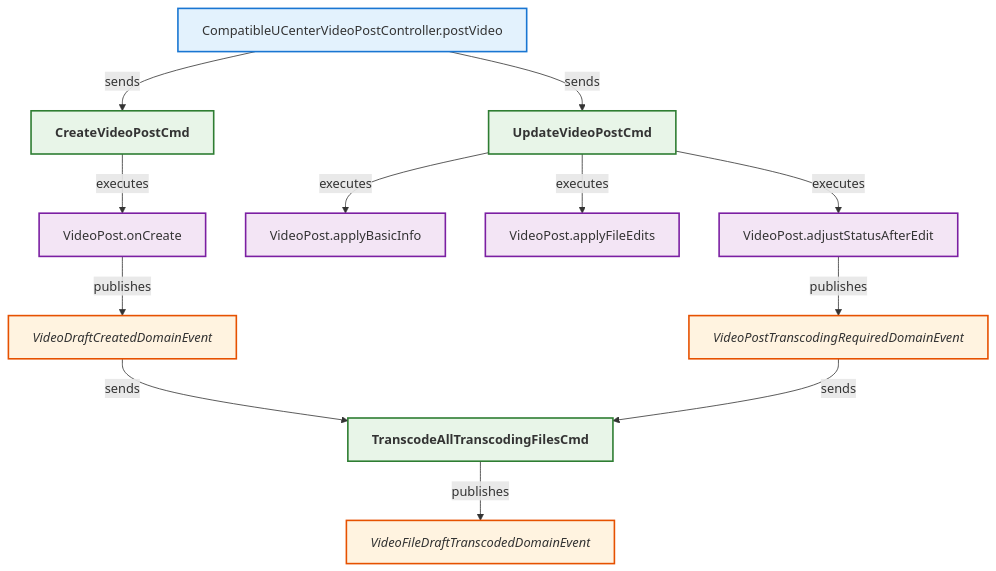
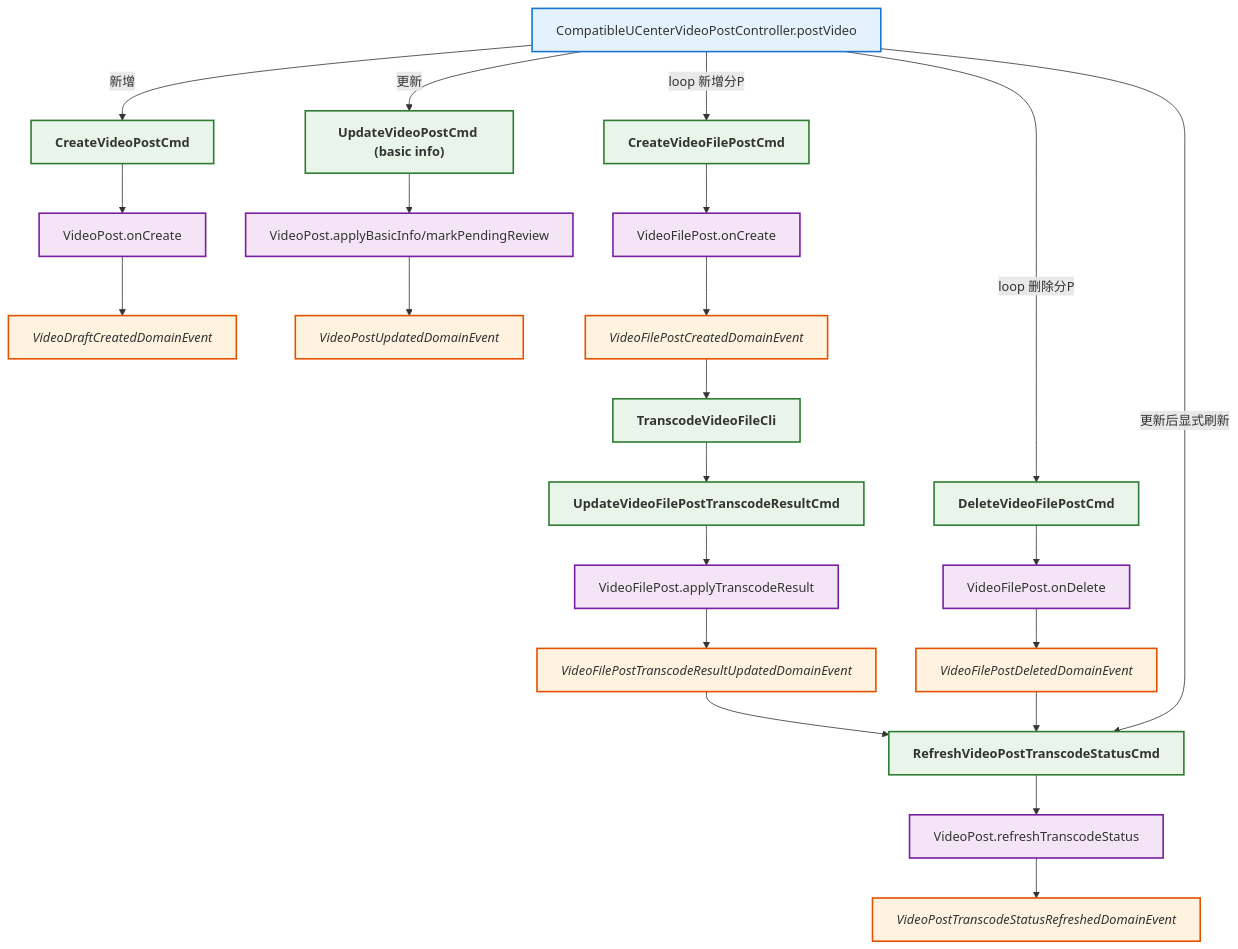
Before and after one commit to LDmoxeii/only-danmuku: the diagram in analysis/CompatibleUCenterVideoPostController_postVideo.mmd, drawn with Mermaid. The commit also changed 15 other files, not shown here.

```diff
--- a/analysis/CompatibleUCenterVideoPostController_postVideo.mmd
+++ b/analysis/CompatibleUCenterVideoPostController_postVideo.mmd
@@ -1,63 +1,79 @@
 flowchart TB
 
     N1["CompatibleUCenterVideoPostController.postVideo"]
     class N1 controllermethod;
 
-    %% Create flow
+    %% 创建稿件（新增路径）
     C1["CreateVideoPostCmd"]
     class C1 command;
     A1["VideoPost.onCreate"]
     class A1 entitymethod;
     E1["VideoDraftCreatedDomainEvent"]
     class E1 domainevent;
 
-    %% Update flow
-    C2["UpdateVideoPostCmd"]
+    %% 更新基础信息（更新路径）
+    C2["UpdateVideoPostCmd (basic info)"]
     class C2 command;
-    A2a["VideoPost.applyBasicInfo"]
+    A2a["VideoPost.applyBasicInfo/markPendingReview"]
     class A2a entitymethod;
-    A2b["VideoPost.applyFileEdits"]
-    class A2b entitymethod;
-    A2c["VideoPost.adjustStatusAfterEdit"]
-    class A2c entitymethod;
-    E2["VideoPostTranscodingRequiredDomainEvent"]
+    E2["VideoPostUpdatedDomainEvent"]
     class E2 domainevent;
 
-    %% Transcode command & file event (triggered by both E1 and E2)
-    C3["TranscodeAllTranscodingFilesCmd"]
+    %% 分P创建
+    C3["CreateVideoFilePostCmd"]
     class C3 command;
-    E3["VideoFileDraftTranscodedDomainEvent"]
+    A3["VideoFilePost.onCreate"]
+    class A3 entitymethod;
+    E3["VideoFilePostCreatedDomainEvent"]
     class E3 domainevent;
 
+    %% 分P删除
+    C4["DeleteVideoFilePostCmd"]
+    class C4 command;
+    A4["VideoFilePost.onDelete"]
+    class A4 entitymethod;
+    E4["VideoFilePostDeletedDomainEvent"]
+    class E4 domainevent;
+
+    %% 分P转码
+    CLI["TranscodeVideoFileCli"]
+    class CLI command;
+    C5["UpdateVideoFilePostTranscodeResultCmd"]
+    class C5 command;
+    A5["VideoFilePost.applyTranscodeResult"]
+    class A5 entitymethod;
+    E5["VideoFilePostTranscodeResultUpdatedDomainEvent"]
+    class E5 domainevent;
+
+    %% 汇总稿件状态
+    C6["RefreshVideoPostTranscodeStatusCmd"]
+    class C6 command;
+    A6["VideoPost.refreshTranscodeStatus"]
+    class A6 entitymethod;
+    E6["VideoPostTranscodeStatusRefreshedDomainEvent"]
+    class E6 domainevent;
+
     %% Relationships
-    N1 -->|sends| C1
-    N1 -->|sends| C2
-    C1 -->|executes| A1
-    A1 -->|publishes| E1
-    C2 -->|executes| A2a
-    C2 -->|executes| A2b
-    C2 -->|executes| A2c
-    A2c -->|publishes| E2
+    N1 -->|新增| C1 --> A1 --> E1
+    N1 -->|更新| C2 --> A2a --> E2
 
-    %% Event -> Command -> Event for transcoding
-    E1 -->|sends| C3
-    E2 -->|sends| C3
-    C3 -->|publishes| E3
+    %% 分P新增（直接由请求触发）
+    N1 -->|loop 新增分P| C3
+    C3 --> A3 --> E3
+    E3 --> CLI --> C5 --> A5 --> E5
+
+    %% 分P删除（更新场景）
+    N1 -->|loop 删除分P| C4 --> A4 --> E4
+
+    %% 汇总刷新：结果更新或删除事件后触发
+    E5 --> C6
+    E4 --> C6
+    N1 -->|更新后显式刷新| C6
+    C6 --> A6 --> E6
 
     %% Styles
     classDef controller fill:#e3f2fd,stroke:#1565c0,stroke-width:2px,font-weight:bold;
     classDef controllermethod fill:#e3f2fd,stroke:#1976d2,stroke-width:2px;
-    classDef endpoint fill:#e3f2fd,stroke:#42a5f5,stroke-width:2px;
-    classDef commandsender fill:#e3f2fd,stroke:#1565c0,stroke-width:2px,font-style:italic;
-    classDef commandsendermethod fill:#e3f2fd,stroke:#1976d2,stroke-width:2px,font-style:italic;
     classDef command fill:#e8f5e8,stroke:#2e7d32,stroke-width:2px,font-weight:bold;
-    classDef commandhandler fill:#e8f5e8,stroke:#388e3c,stroke-width:2px,font-weight:bold;
-    classDef aggregate fill:#fff8e1,stroke:#ff8f00,stroke-width:3px,font-weight:bold;
     classDef entitymethod fill:#f3e5f5,stroke:#7b1fa2,stroke-width:2px;
     classDef domainevent fill:#fff3e0,stroke:#e65100,stroke-width:2px,font-style:italic;
-    classDef domaineventhandler fill:#fff3e0,stroke:#ef6c00,stroke-width:2px,font-weight:bold;
-    classDef integrationevent fill:#fce4ec,stroke:#880e4f,stroke-width:2px;
-    classDef integrationeventhandler fill:#fce4ec,stroke:#ad1457,stroke-width:2px,font-weight:bold;
-    classDef integrationeventconverter fill:#e3f2fd,stroke:#0277bd,stroke-width:2px;
-    classDef repo fill:#d6dbdf,stroke:#85929e,stroke-width:2px;
-    classDef uow fill:#f2f4f4,stroke:#7f8c8d,stroke-width:2px;
```
